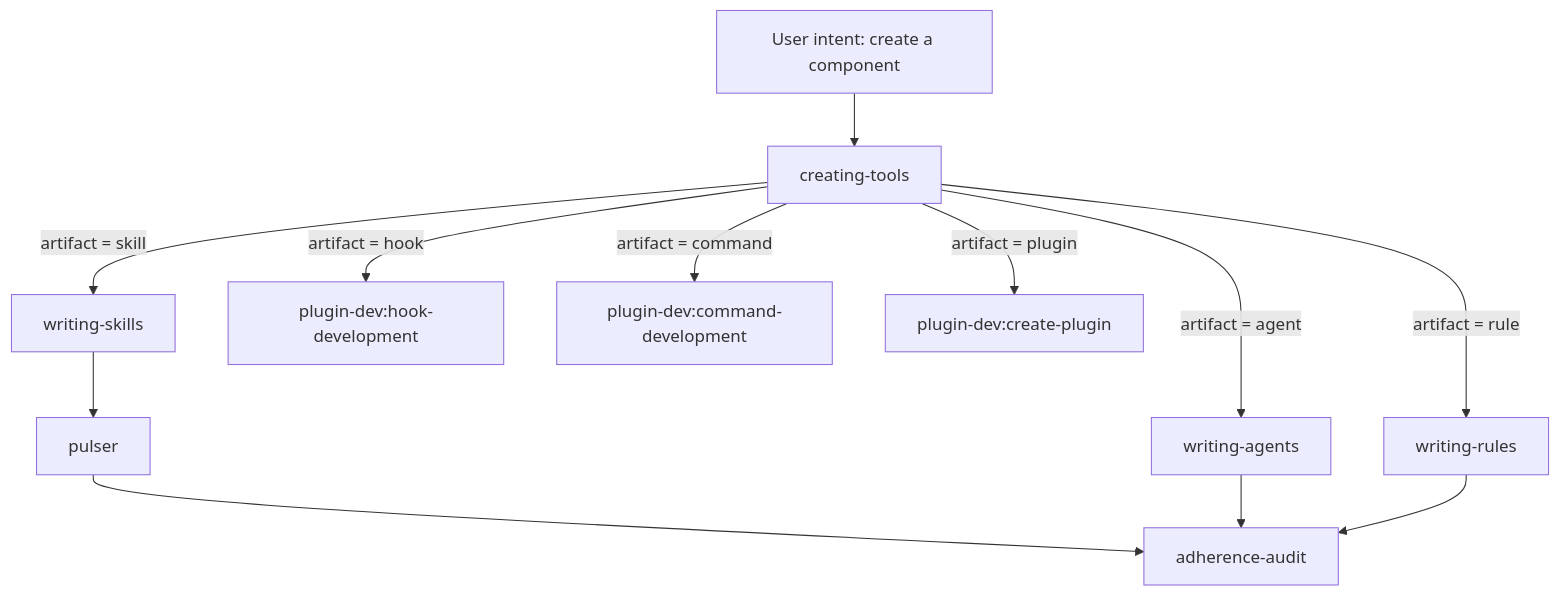
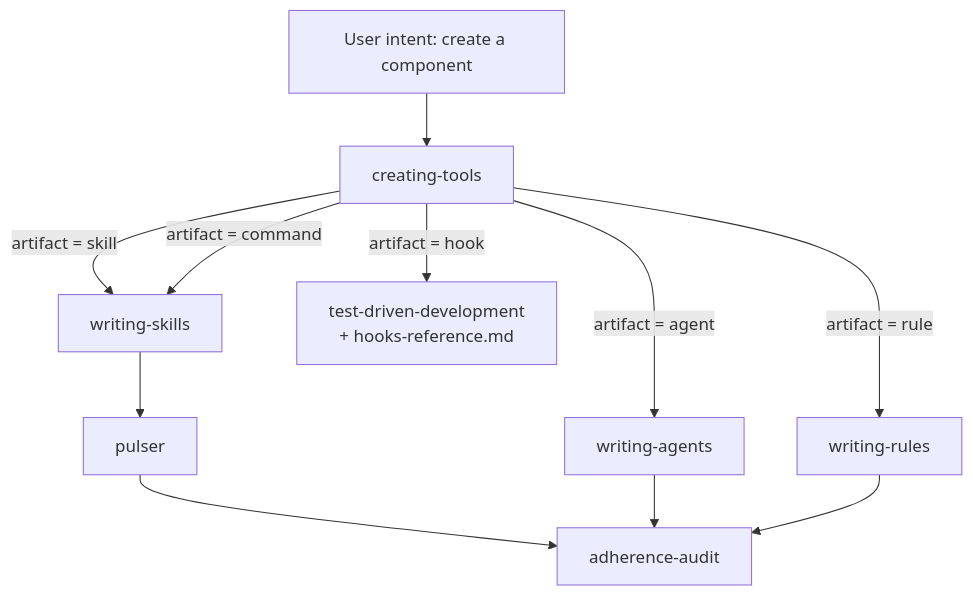
The diagram in docs/explanation/features/tool-authoring.md (TeamClyde/clydes_claude), drawn with Mermaid before and after one commit. The commit also changed other lines of this file and 30 other files, not shown here.

````diff
--- a/docs/explanation/features/tool-authoring.md
+++ b/docs/explanation/features/tool-authoring.md
@@ -55,14 +55,13 @@
 ```mermaid
 graph TD
     U[User intent: create a component] --> CT[creating-tools]
     CT -->|artifact = skill| WS[writing-skills]
     CT -->|artifact = agent| WA[writing-agents]
     CT -->|artifact = rule| WR[writing-rules]
-    CT -->|artifact = hook| HD[plugin-dev:hook-development]
-    CT -->|artifact = command| CD[plugin-dev:command-development]
-    CT -->|artifact = plugin| CP[plugin-dev:create-plugin]
+    CT -->|artifact = hook| HD[test-driven-development<br/>+ hooks-reference.md]
+    CT -->|artifact = command| WS
     WS --> PL[pulser]
     PL --> AA[adherence-audit]
     WA --> AA
     WR --> AA
 ```
````
